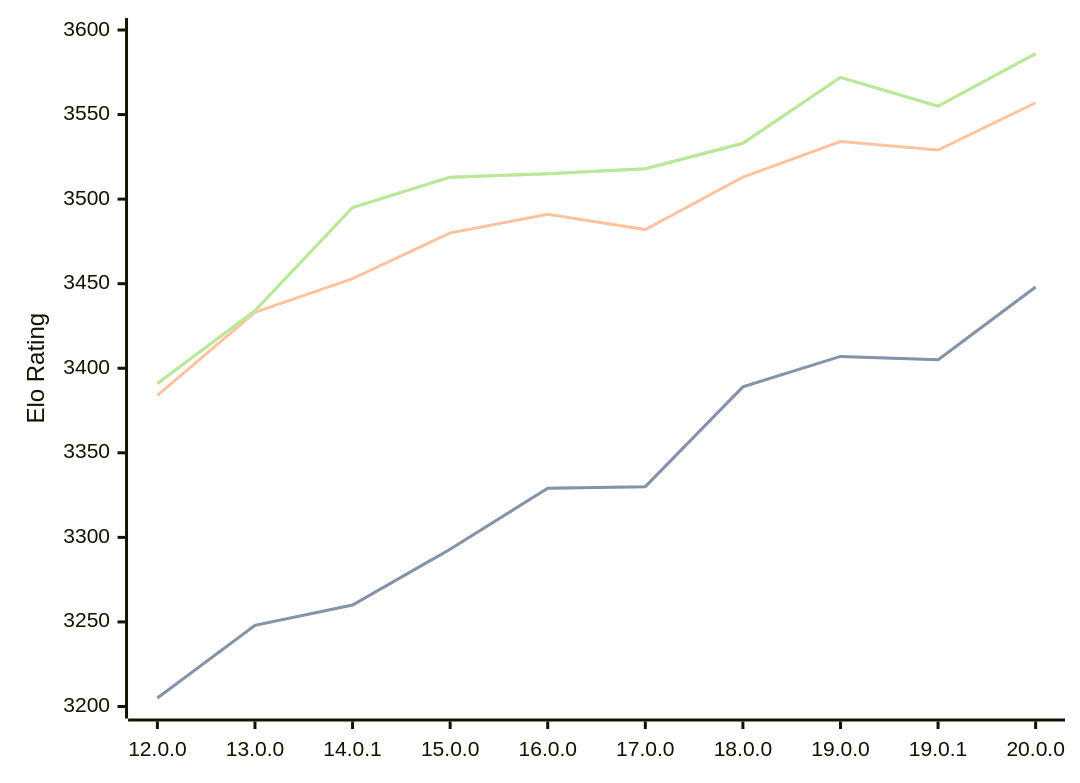
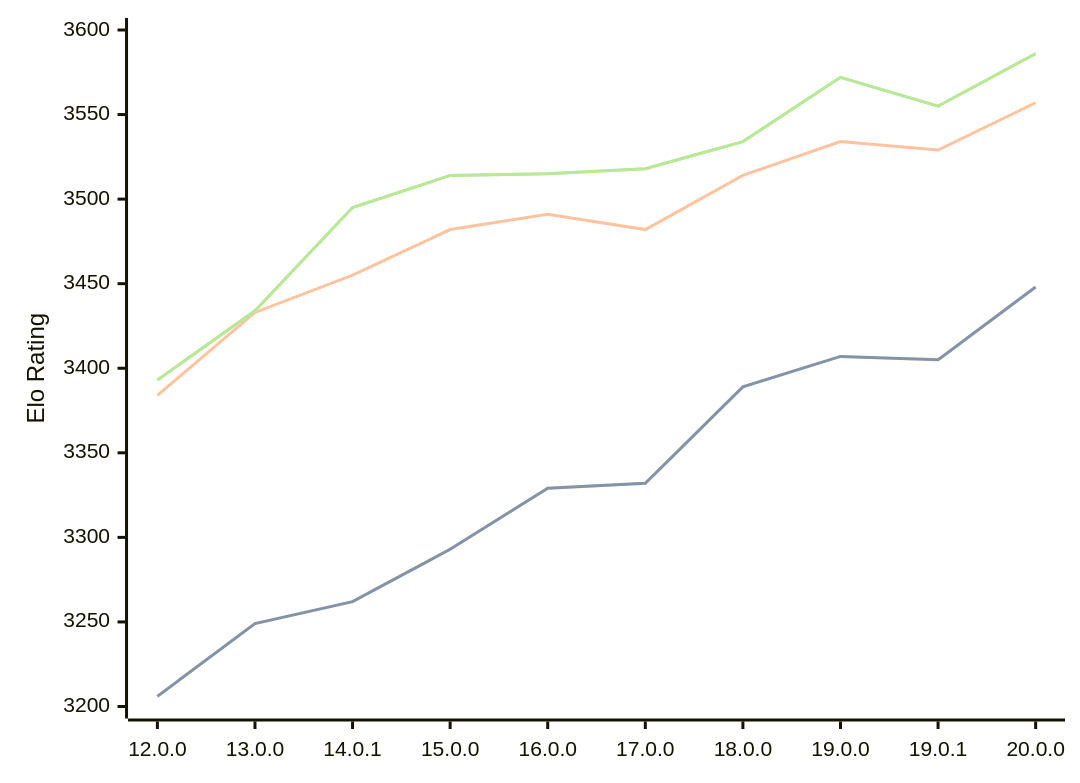
The diagram in engines/Viridithas.md (computer-chess-index/cci), drawn with Mermaid before and after one commit. The commit also changed other lines of this file, not shown here.

Commit message:
Update CCI Ratings (ELO VLTC) - 2026-08-27

````diff
--- a/engines/Viridithas.md
+++ b/engines/Viridithas.md
@@ -40,11 +40,11 @@
 ```mermaid
 %%{init: {"theme":"base","themeVariables":{"seriesColors:['#a3a3a3','#222221','#faa371']}}}%%
 xychart-beta
   x-axis ["12.0.0", "13.0.0", "14.0.1", "15.0.0", "16.0.0", "17.0.0", "18.0.0", "19.0.0", "19.0.1", "20.0.0"]
   y-axis "Elo Rating" 3200 --> 3600
-  line "STC (8.0+0.08s)" [3205, 3248, 3260, 3293, 3329, 3330, 3389, 3407, 3405, 3448]
-  line "STC (8.0+0.08s)" [3205, 3248, 3260, 3293, 3329, 3330, 3389, 3407, 3405, 3448]
-  line "LTC (60.0+0.60s)" [3384, 3433, 3453, 3480, 3491, 3482, 3513, 3534, 3529, 3557]
-  line "VLTC (2m24s+1.12s)" [3391, 3434, 3495, 3513, 3515, 3518, 3533, 3572, 3555, 3586]
-  line "VLTC (2m24s+1.12s)" [3391, 3434, 3495, 3513, 3515, 3518, 3533, 3572, 3555, 3586]
+  line "STC (8.0+0.08s)" [3206, 3249, 3262, 3293, 3329, 3332, 3389, 3407, 3405, 3448]
+  line "STC (8.0+0.08s)" [3206, 3249, 3262, 3293, 3329, 3332, 3389, 3407, 3405, 3448]
+  line "LTC (60.0+0.60s)" [3384, 3433, 3455, 3482, 3491, 3482, 3514, 3534, 3529, 3557]
+  line "VLTC (2m24s+1.12s)" [3393, 3434, 3495, 3514, 3515, 3518, 3534, 3572, 3555, 3586]
+  line "VLTC (2m24s+1.12s)" [3393, 3434, 3495, 3514, 3515, 3518, 3534, 3572, 3555, 3586]
 ```
````
